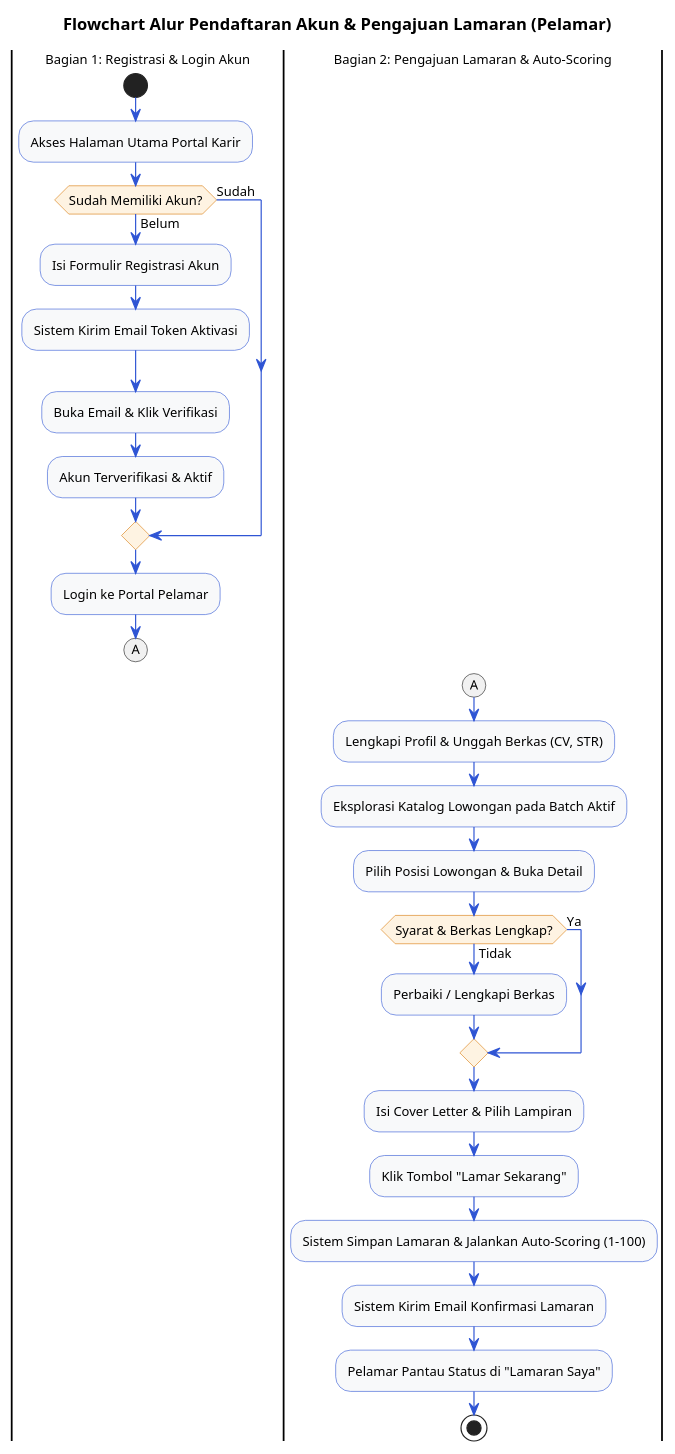
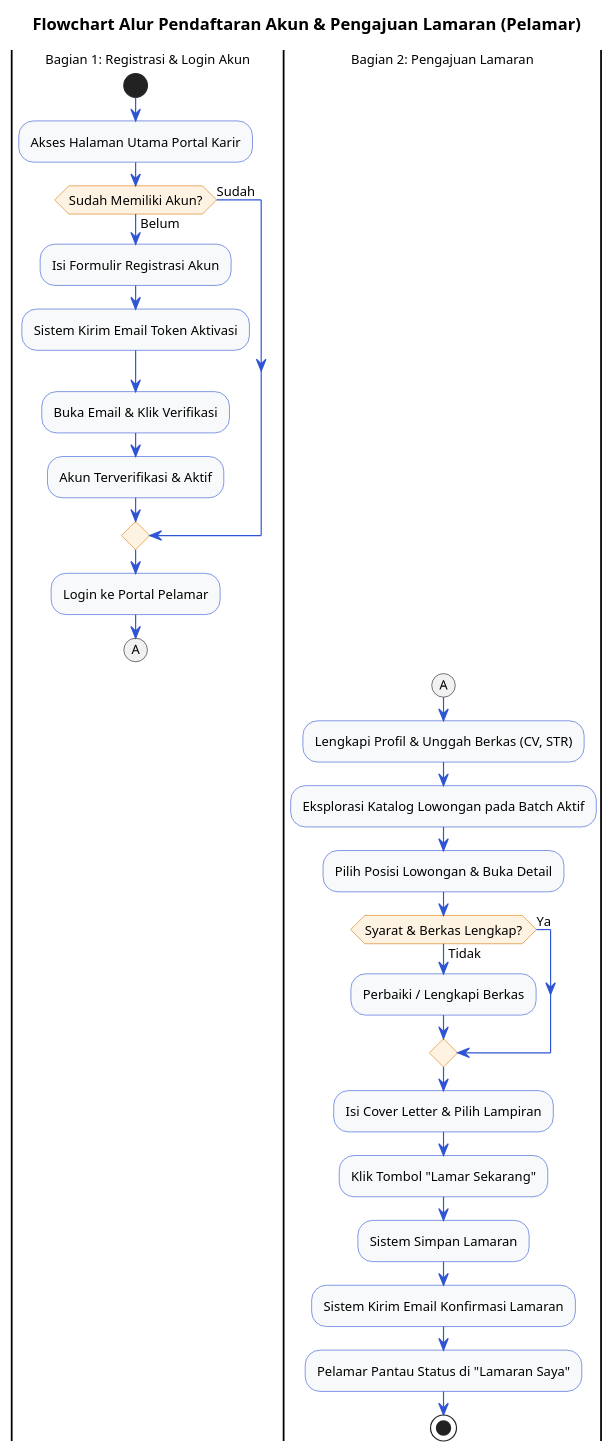
Before and after one commit to Madtive-Studio/klinik_keluarga_career: the diagram in public/assets/diagrams/VP/Flowchart_Pelamar.puml, drawn with PlantUML. The commit also changed 25 other files, not shown here.

Commit message:
refactor: add configuration and feature flag for optional auto-scoring

```diff
--- a/public/assets/diagrams/VP/Flowchart_Pelamar.puml
+++ b/public/assets/diagrams/VP/Flowchart_Pelamar.puml
@@ -1,49 +1,49 @@
 @startuml
 skinparam defaultFontName Arial
 skinparam defaultFontSize 11
 
 skinparam activity {
   BackgroundColor #F8F9FA
   BorderColor #2F55D4
   DiamondBackgroundColor #FEF3E2
   DiamondBorderColor #D97706
 }
 skinparam ArrowColor #2F55D4
 
 title Flowchart Alur Pendaftaran Akun & Pengajuan Lamaran (Pelamar)
 
 |Bagian 1: Registrasi & Login Akun|
 start
 :Akses Halaman Utama Portal Karir;
 
 if (Sudah Memiliki Akun?) then (Belum)
   :Isi Formulir Registrasi Akun;
   :Sistem Kirim Email Token Aktivasi;
   :Buka Email & Klik Verifikasi;
   :Akun Terverifikasi & Aktif;
 else (Sudah)
 endif
 
 :Login ke Portal Pelamar;
 (A)
 detach
 
-|Bagian 2: Pengajuan Lamaran & Auto-Scoring|
+|Bagian 2: Pengajuan Lamaran|
 (A)
 :Lengkapi Profil & Unggah Berkas (CV, STR);
 :Eksplorasi Katalog Lowongan pada Batch Aktif;
 :Pilih Posisi Lowongan & Buka Detail;
 
 if (Syarat & Berkas Lengkap?) then (Tidak)
   :Perbaiki / Lengkapi Berkas;
 else (Ya)
 endif
 
 :Isi Cover Letter & Pilih Lampiran;
 :Klik Tombol "Lamar Sekarang";
-:Sistem Simpan Lamaran & Jalankan Auto-Scoring (1-100);
+:Sistem Simpan Lamaran;
 :Sistem Kirim Email Konfirmasi Lamaran;
 :Pelamar Pantau Status di "Lamaran Saya";
 stop
 
 @enduml
```
